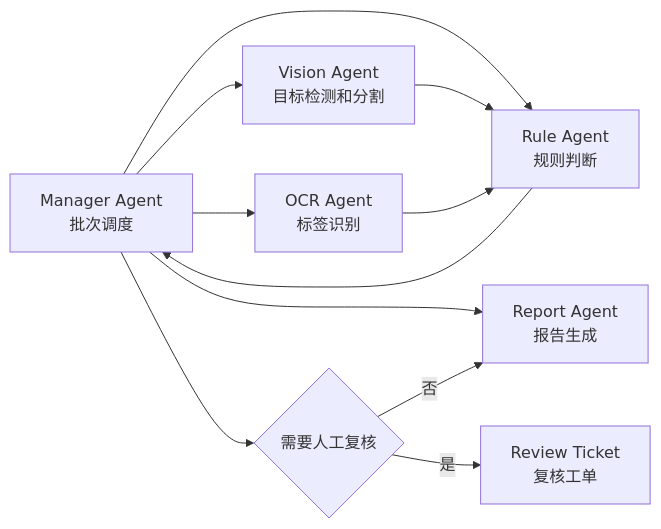
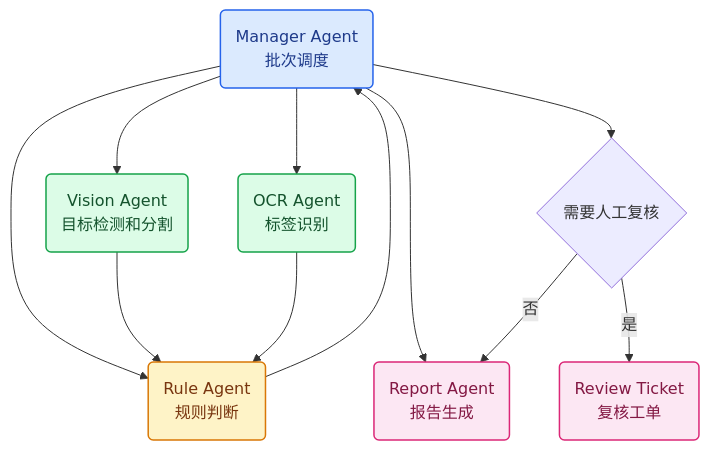
One commit to XuelinHu/blogs changed the fifth of 5 diagrams in docs/posts/LLM/Agent开发实战与CV质检案例.md. Above: the diagram before and after it, drawn with Mermaid. The commit also changed 1 other file, not shown here.

Commit message:
style: color and wrap llm flowcharts

````diff
--- a/docs/posts/LLM/Agent开发实战与CV质检案例.md
+++ b/docs/posts/LLM/Agent开发实战与CV质检案例.md
@@ -991,13 +991,17 @@
 ```mermaid
-flowchart LR
-    M["Manager Agent<br/>批次调度"] --> V["Vision Agent<br/>目标检测和分割"]
-    M --> O["OCR Agent<br/>标签识别"]
-    M --> Q["Rule Agent<br/>规则判断"]
-    M --> R["Report Agent<br/>报告生成"]
+flowchart TB
+    classDef manager fill:#dbeafe,stroke:#2563eb,color:#1e3a8a,stroke-width:1.5px
+    classDef specialist fill:#dcfce7,stroke:#16a34a,color:#14532d,stroke-width:1.5px
+    classDef rule fill:#fef3c7,stroke:#d97706,color:#78350f,stroke-width:1.5px
+    classDef report fill:#fce7f3,stroke:#db2777,color:#831843,stroke-width:1.5px
+    M(Manager Agent<br/>批次调度):::manager --> V(Vision Agent<br/>目标检测和分割):::specialist
+    M --> O(OCR Agent<br/>标签识别):::specialist
+    M --> Q(Rule Agent<br/>规则判断):::rule
+    M --> R(Report Agent<br/>报告生成):::report
     V --> Q
     O --> Q
     Q --> M
-    M --> H{"需要人工复核"}
-    H -->|是| T["Review Ticket<br/>复核工单"]
+    M --> H{需要人工复核}
+    H -->|是| T(Review Ticket<br/>复核工单):::report
     H -->|否| R
 ```
````
